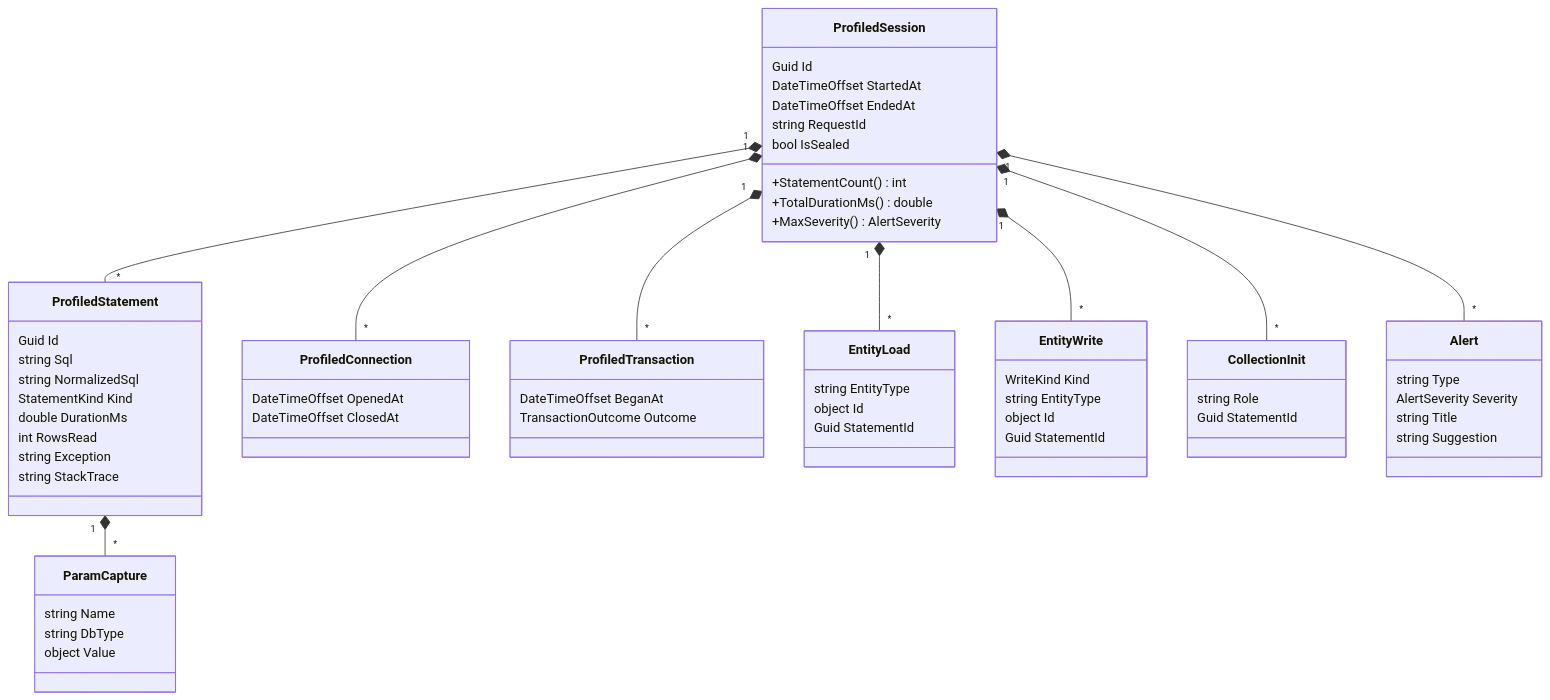
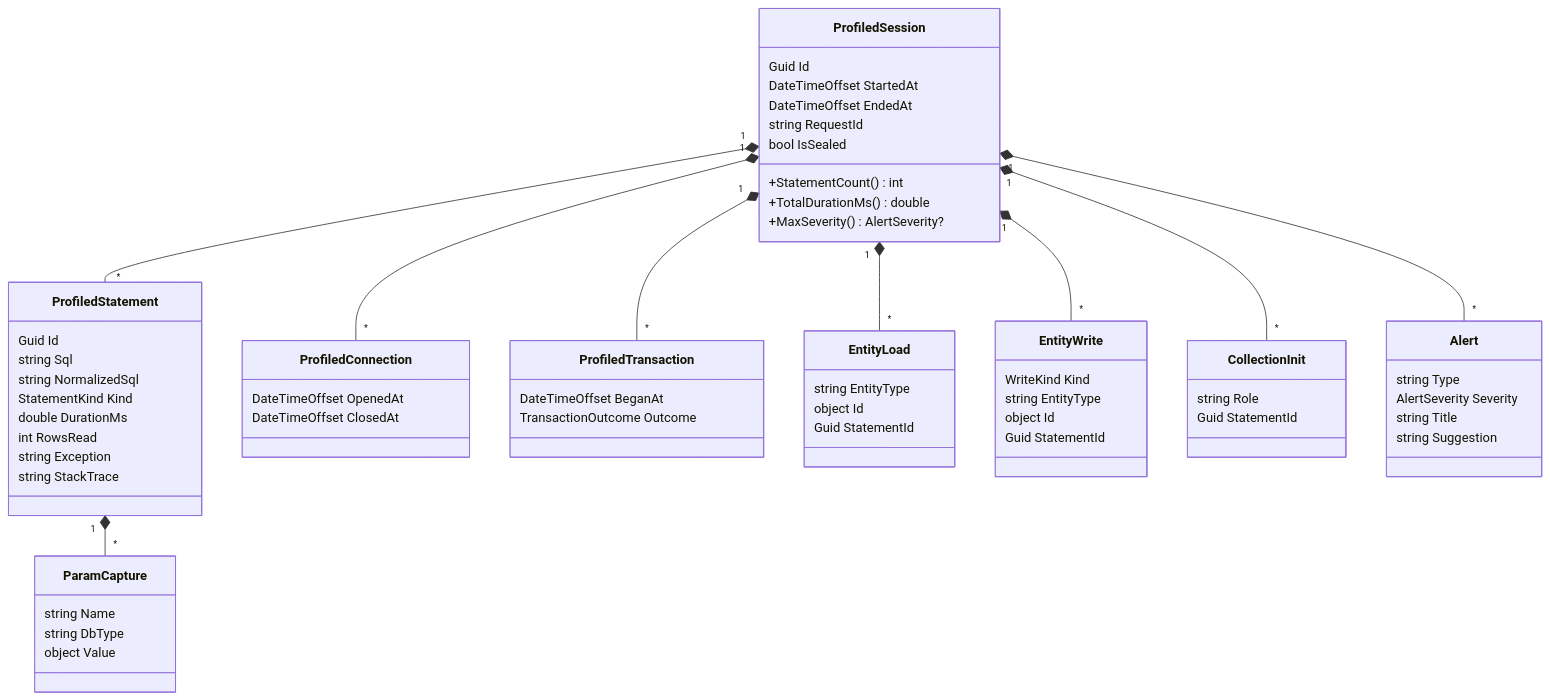
The third of 7 diagrams in docs/ARCHITECTURE.md (cstaerkel/NHibernaut), drawn with Mermaid before and after one commit. The commit also changed other lines of this file and 106 other files, not shown here.

````diff
--- a/docs/ARCHITECTURE.md
+++ b/docs/ARCHITECTURE.md
@@ -142,66 +144,66 @@
 ```mermaid
 classDiagram
     class ProfiledSession {
         Guid Id
         DateTimeOffset StartedAt
         DateTimeOffset EndedAt
         string RequestId
         bool IsSealed
         +StatementCount() int
         +TotalDurationMs() double
-        +MaxSeverity() AlertSeverity
+        +MaxSeverity() AlertSeverity?
     }
     class ProfiledStatement {
         Guid Id
         string Sql
         string NormalizedSql
         StatementKind Kind
         double DurationMs
         int RowsRead
         string Exception
         string StackTrace
     }
     class ParamCapture {
         string Name
         string DbType
         object Value
     }
     class ProfiledConnection {
         DateTimeOffset OpenedAt
         DateTimeOffset ClosedAt
     }
     class ProfiledTransaction {
         DateTimeOffset BeganAt
         TransactionOutcome Outcome
     }
     class EntityLoad {
         string EntityType
         object Id
         Guid StatementId
     }
     class EntityWrite {
         WriteKind Kind
         string EntityType
         object Id
         Guid StatementId
     }
     class CollectionInit {
         string Role
         Guid StatementId
     }
     class Alert {
         string Type
         AlertSeverity Severity
         string Title
         string Suggestion
     }
 
     ProfiledSession "1" *-- "*" ProfiledStatement
     ProfiledSession "1" *-- "*" ProfiledConnection
     ProfiledSession "1" *-- "*" ProfiledTransaction
     ProfiledSession "1" *-- "*" EntityLoad
     ProfiledSession "1" *-- "*" EntityWrite
     ProfiledSession "1" *-- "*" CollectionInit
     ProfiledSession "1" *-- "*" Alert
     ProfiledStatement "1" *-- "*" ParamCapture
 ```
````
